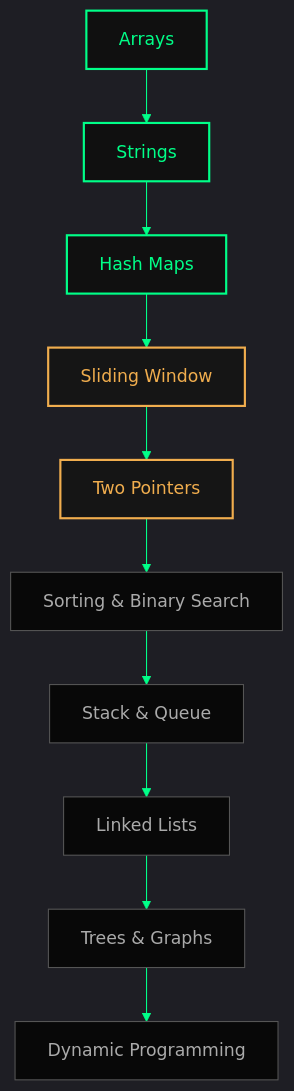
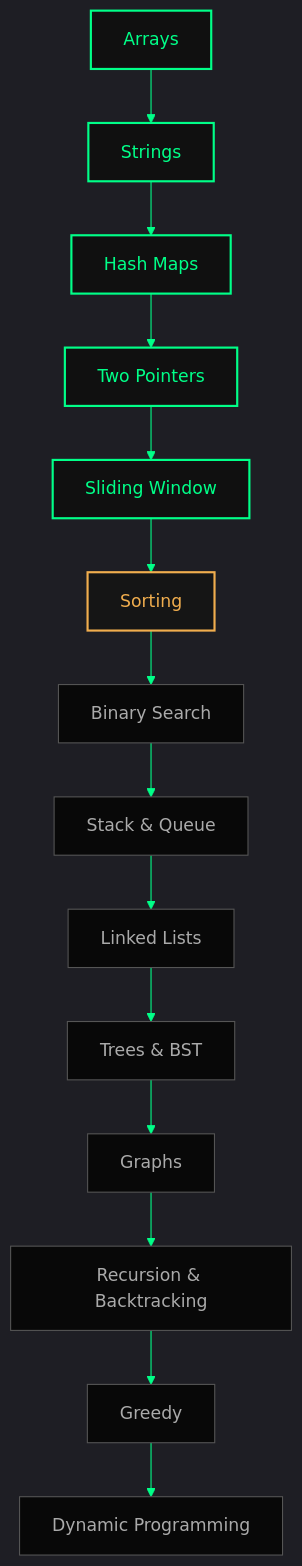
One commit to Debajyoti02-mac/Data-Structures-and-Algorithms- changed the diagram in README.md. Above: the diagram before and after it, drawn with Mermaid. The commit also changed other lines of this file, not shown here.

````diff
--- a/README.md
+++ b/README.md
@@ -70,20 +67,25 @@
-``` mermaid
+```mermaid
 %%{init: {'theme': 'dark', 'themeVariables': {'primaryColor': '#101010', 'primaryTextColor': '#00ff88', 'primaryBorderColor': '#00ff88', 'lineColor': '#00ff88', 'secondaryColor': '#151515', 'tertiaryColor': '#080808', 'fontFamily': 'monospace'}}}%%
 flowchart TD
     A["Arrays"] --> B["Strings"]
     B --> C["Hash Maps"]
-    C --> D["Sliding Window"]
-    D --> E["Two Pointers"]
-    E --> F["Sorting & Binary Search"]
-    F --> G["Stack & Queue"]
-    G --> H["Linked Lists"]
-    H --> I["Trees & Graphs"]
-    I --> J["Dynamic Programming"]
+    C --> D["Two Pointers"]
+    D --> E["Sliding Window"]
+    E --> F["Sorting"]
+    F --> G["Binary Search"]
+    G --> H["Stack & Queue"]
+    H --> I["Linked Lists"]
+    I --> J["Trees & BST"]
+    J --> K["Graphs"]
+    K --> L["Recursion & Backtracking"]
+    L --> M["Greedy"]
+    M --> N["Dynamic Programming"]
 
-    classDef active fill:#101010,stroke:#00ff88,color:#00ff88,stroke-width:2px
+    classDef practiced fill:#101010,stroke:#00ff88,color:#00ff88,stroke-width:2px
     classDef learning fill:#151515,stroke:#f0ad4e,color:#f0ad4e,stroke-width:2px
     classDef upcoming fill:#080808,stroke:#555,color:#aaa
-    class A,B,C active
-    class D,E learning
-    class F,G,H,I,J upcoming
+
+    class A,B,C,D,E practiced
+    class F learning
+    class G,H,I,J,K,L,M,N upcoming
 ```
````
